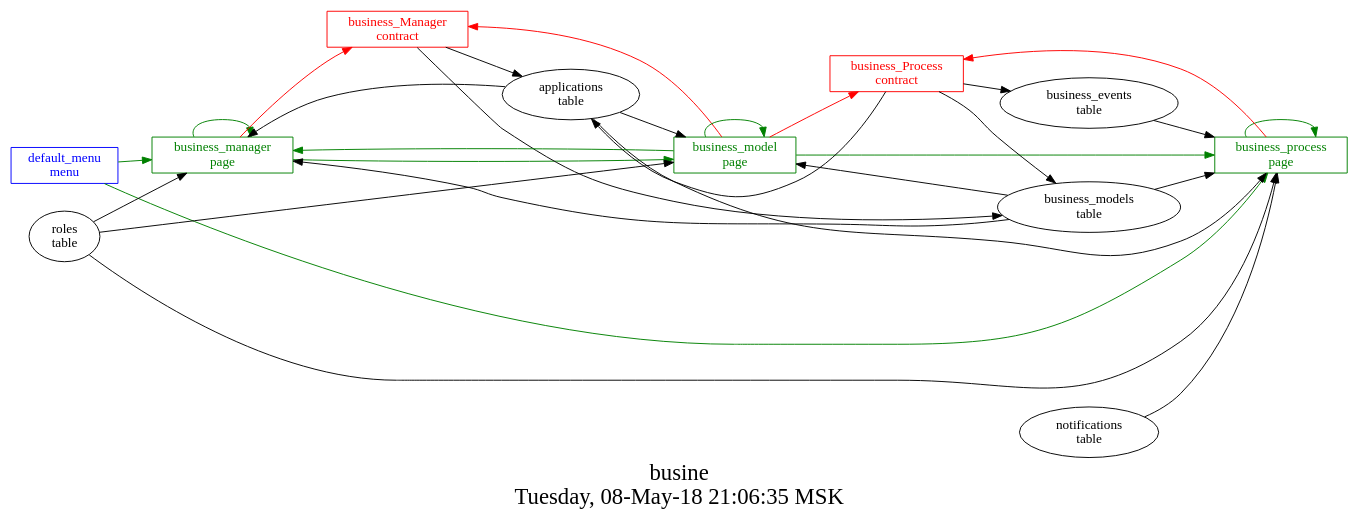
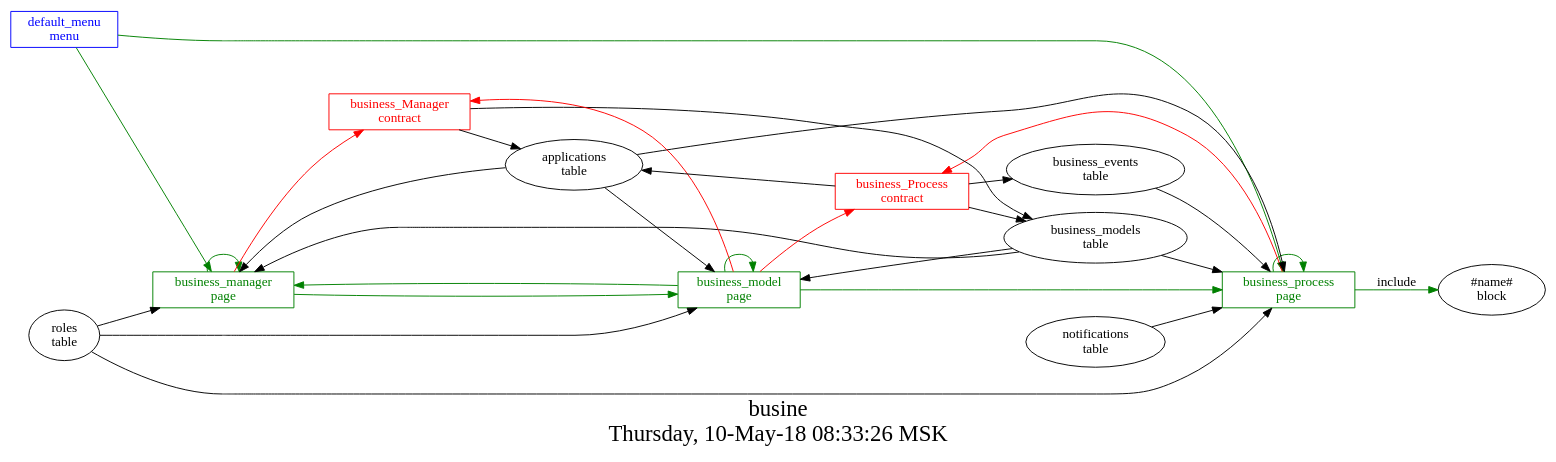
Before and after one commit to AplaProject/apps: the diagram in src/business/struct.dot, drawn with Graphviz. The commit also changed 12 other files, not shown here.

```diff
--- a/src/business/struct.dot
+++ b/src/business/struct.dot
@@ -1,46 +1,47 @@
 digraph G {
 graph [
   fontsize="24";
-  label="busine\nTuesday, 08-May-18 21:06:35 MSK";
+  label="busine\nThursday, 10-May-18 08:33:26 MSK";
   nojustify=true;
   ordering=out;
   rankdir=LR;
   size="30";
 ];
 "default_menu\nmenu" -> "business_manager\npage"  [ color=green ]
 "default_menu\nmenu" -> "business_process\npage"  [ color=green ]
 "default_menu\nmenu" [color=blue, fontcolor=blue, group=menus, shape=record];
 "business_manager\npage" -> "business_Manager\ncontract"  [ color=red ]
 "applications\ntable" -> "business_manager\npage"  [ color="" ]
 "roles\ntable" -> "business_manager\npage"  [ color="" ]
 "business_models\ntable" -> "business_manager\npage"  [ color="" ]
 "business_manager\npage" -> "business_model\npage"  [ color=green ]
 "business_manager\npage" -> "business_manager\npage"  [ color=green ]
 "business_manager\npage" [color=green, fontcolor=green, group=pages, shape=record];
 "business_model\npage" -> "business_Process\ncontract"  [ color=red ]
 "business_model\npage" -> "business_Manager\ncontract"  [ color=red ]
 "applications\ntable" -> "business_model\npage"  [ color="" ]
 "business_models\ntable" -> "business_model\npage"  [ color="" ]
 "roles\ntable" -> "business_model\npage"  [ color="" ]
 "business_model\npage" -> "business_manager\npage"  [ color=green ]
 "business_model\npage" -> "business_process\npage"  [ color=green ]
 "business_model\npage" -> "business_model\npage"  [ color=green ]
 "business_model\npage" [color=green, fontcolor=green, group=pages, shape=record];
 "business_process\npage" -> "business_Process\ncontract"  [ color=red ]
 "applications\ntable" -> "business_process\npage"  [ color="" ]
 "notifications\ntable" -> "business_process\npage"  [ color="" ]
 "business_models\ntable" -> "business_process\npage"  [ color="" ]
 "roles\ntable" -> "business_process\npage"  [ color="" ]
 "business_events\ntable" -> "business_process\npage"  [ color="" ]
 "business_process\npage" -> "business_process\npage"  [ color=green ]
+"business_process\npage" -> "#name#\nblock"  [ color=green, label=include ]
 "business_process\npage" [color=green, fontcolor=green, group=pages, shape=record];
 "business_Manager\ncontract" -> "applications\ntable"  [ color="" ]
 "business_Manager\ncontract" -> "business_models\ntable"  [ color="" ]
 "business_Manager\ncontract" [color=red, fontcolor=red, group=contracts, shape=record];
 "business_Process\ncontract" -> "applications\ntable"  [ color="" ]
 "business_Process\ncontract" -> "business_events\ntable"  [ color="" ]
 "business_Process\ncontract" -> "business_models\ntable"  [ color="" ]
 "business_Process\ncontract" [color=red, fontcolor=red, group=contracts, shape=record];
 "business_events\ntable" [color="", fontcolor="", group=tables, shape=""];
 "business_models\ntable" [color="", fontcolor="", group=tables, shape=""];
 }
```
